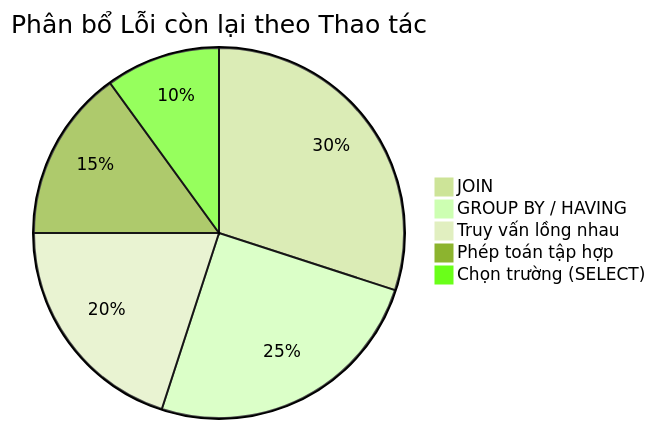
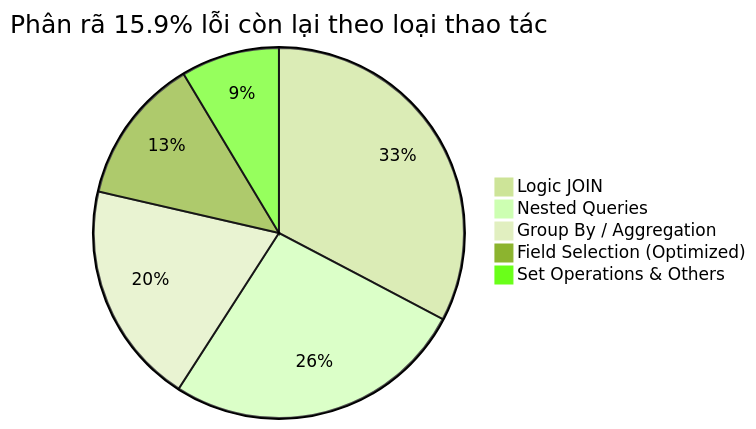
The fourth of 4 diagrams in complete_paper_combined_vi.md (thanhmiyata/luan-van-tot-nghiep), drawn with Mermaid (forest theme) before and after one commit. The commit also changed other lines of this file, not shown here.

````diff
--- a/complete_paper_combined_vi.md
+++ b/complete_paper_combined_vi.md
@@ -557,8 +557,8 @@
 ```mermaid
-pie title Phân bổ Lỗi còn lại theo Thao tác
-    "JOIN" : 30
-    "GROUP BY / HAVING" : 25
-    "Truy vấn lồng nhau" : 20
-    "Phép toán tập hợp" : 15
-    "Chọn trường (SELECT)" : 10
+pie title Phân rã 15.9% lỗi còn lại theo loại thao tác
+    "Logic JOIN" : 32.7
+    "Nested Queries" : 26.4
+    "Group By / Aggregation" : 19.5
+    "Field Selection (Optimized)" : 12.8
+    "Set Operations & Others" : 8.6
 ```
````
